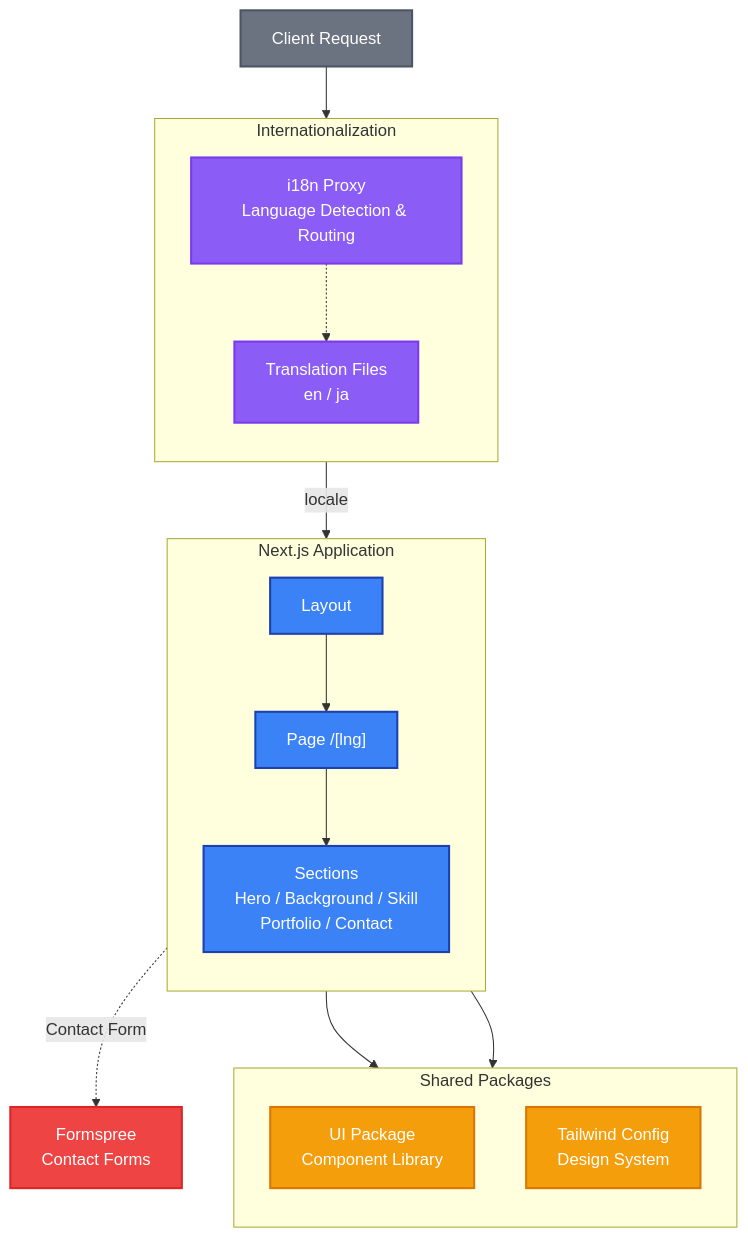
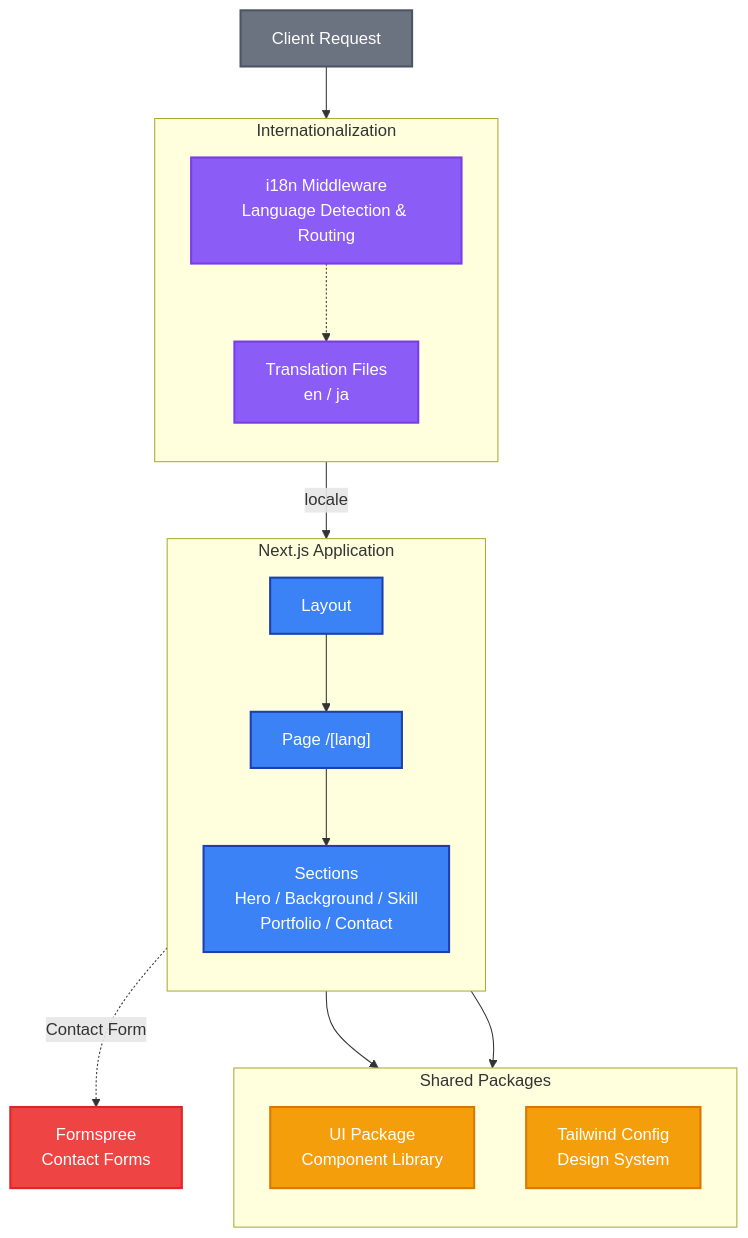
The diagram in apps/portfolio/README.md (k2bg-technology/k2bg-branding), drawn with Mermaid before and after one commit. The commit also changed other lines of this file and 10 other files, not shown here.

````diff
--- a/apps/portfolio/README.md
+++ b/apps/portfolio/README.md
@@ -105,42 +116,42 @@
 ```mermaid
 flowchart TB
     Request["Client Request"] --> Middleware
 
     subgraph i18n["Internationalization"]
         direction TB
-        Middleware["i18n Proxy<br/>Language Detection & Routing"]
+        Middleware["i18n Middleware<br/>Language Detection & Routing"]
         Translations["Translation Files<br/>en / ja"]
         Middleware -.-> Translations
     end
 
     subgraph app["Next.js Application"]
         direction TB
-        Layout["Layout"] --> Page["Page /[lng]"]
+        Layout["Layout"] --> Page["Page /[lang]"]
         Page --> Sections["Sections<br/>Hero / Background / Skill<br/>Portfolio / Contact"]
     end
 
     subgraph shared["Shared Packages"]
         direction TB
         UIPackage["UI Package<br/>Component Library"]
         TailwindConfig["Tailwind Config<br/>Design System"]
     end
 
     Formspree["Formspree<br/>Contact Forms"]
 
     Middleware -->|locale| Layout
     Sections --> UIPackage
     Sections --> TailwindConfig
     Sections -.->|Contact Form| Formspree
 
     classDef requestStyle fill:#6B7280,stroke:#4B5563,stroke-width:2px,color:#fff
     classDef i18nStyle fill:#8B5CF6,stroke:#7C3AED,stroke-width:2px,color:#fff
     classDef appStyle fill:#3B82F6,stroke:#1E40AF,stroke-width:2px,color:#fff
     classDef sharedStyle fill:#F59E0B,stroke:#D97706,stroke-width:2px,color:#fff
     classDef externalStyle fill:#EF4444,stroke:#DC2626,stroke-width:2px,color:#fff
 
     class Request requestStyle
     class Middleware,Translations i18nStyle
     class Layout,Page,Sections appStyle
     class UIPackage,TailwindConfig sharedStyle
     class Formspree externalStyle
 ```
````
